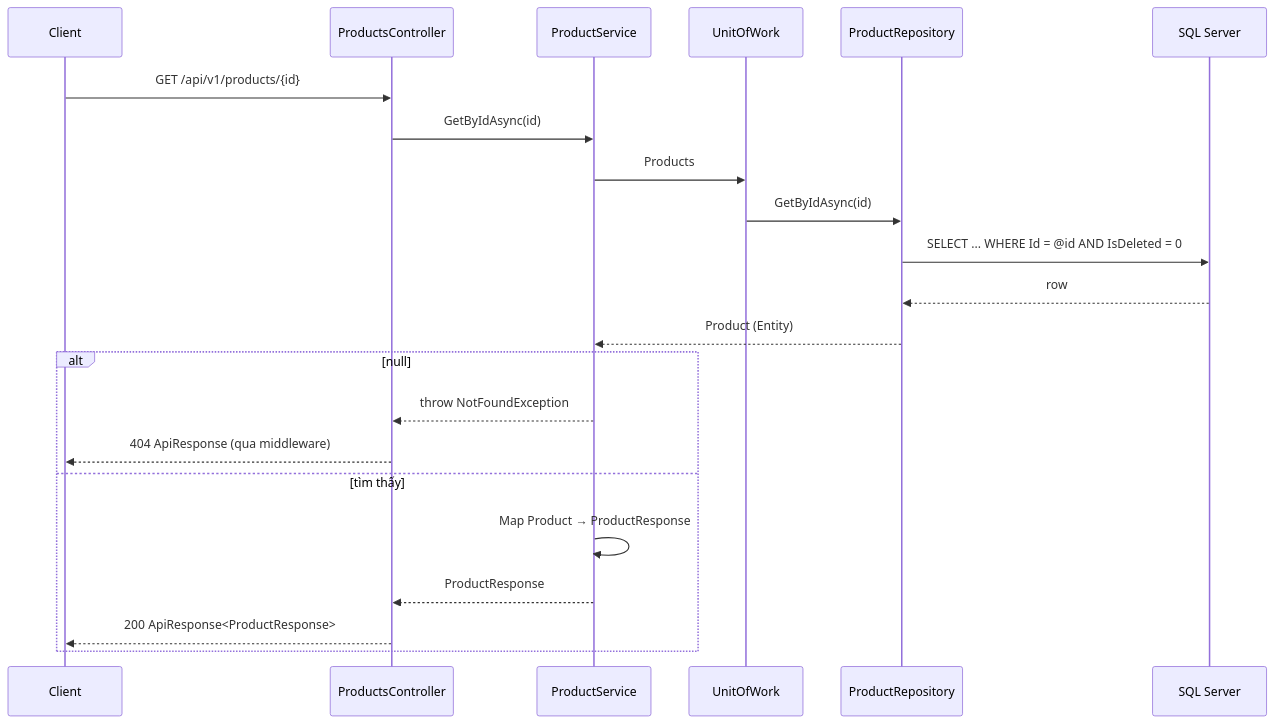
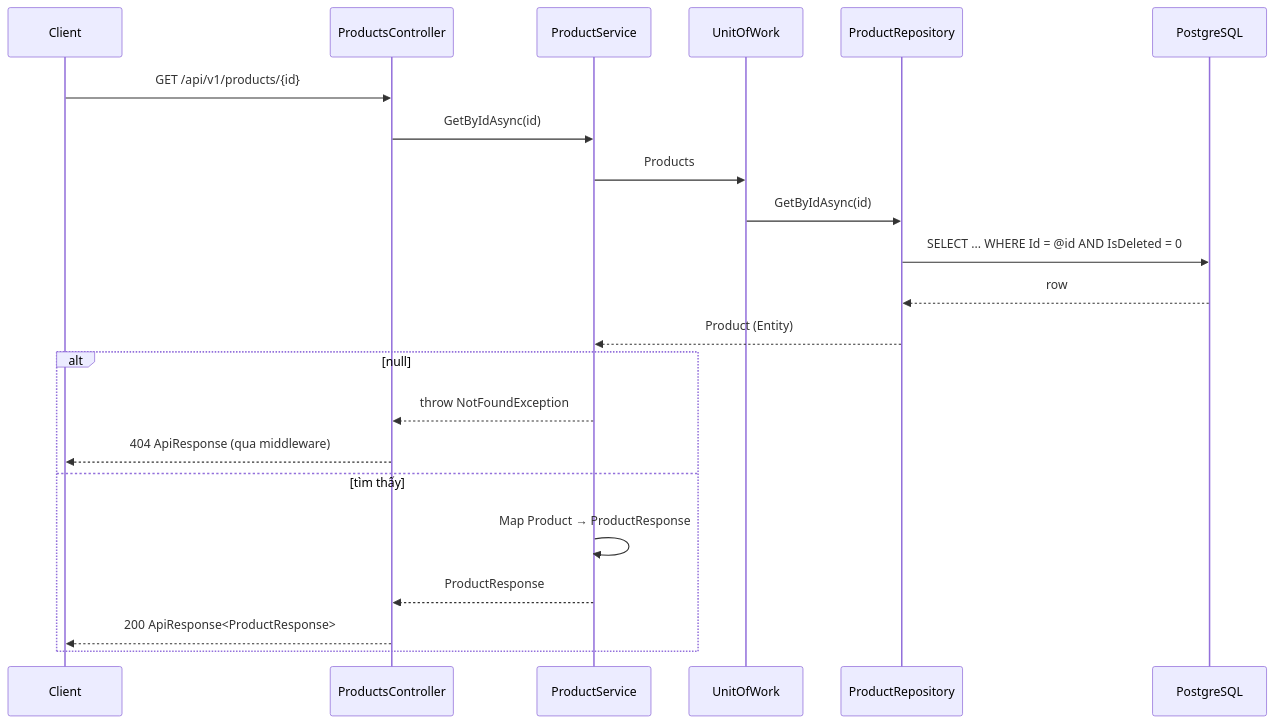
The second of 2 diagrams in docs/02-ARCHITECTURE.md (namle0017/rentTrek-be), drawn with Mermaid before and after one commit. The commit also changed other lines of this file and 2 other files, not shown here.

````diff
--- a/docs/02-ARCHITECTURE.md
+++ b/docs/02-ARCHITECTURE.md
@@ -496,25 +496,25 @@
 ```mermaid
 sequenceDiagram
     participant C as Client
     participant Ctl as ProductsController
     participant S as ProductService
     participant U as UnitOfWork
     participant R as ProductRepository
-    participant DB as SQL Server
+    participant DB as PostgreSQL
 
     C->>Ctl: GET /api/v1/products/{id}
     Ctl->>S: GetByIdAsync(id)
     S->>U: Products
     U->>R: GetByIdAsync(id)
     R->>DB: SELECT ... WHERE Id = @id AND IsDeleted = 0
     DB-->>R: row
     R-->>S: Product (Entity)
     alt null
         S-->>Ctl: throw NotFoundException
         Ctl-->>C: 404 ApiResponse (qua middleware)
     else tìm thấy
         S->>S: Map Product → ProductResponse
         S-->>Ctl: ProductResponse
         Ctl-->>C: 200 ApiResponse#lt;ProductResponse#gt;
     end
 ```
````
